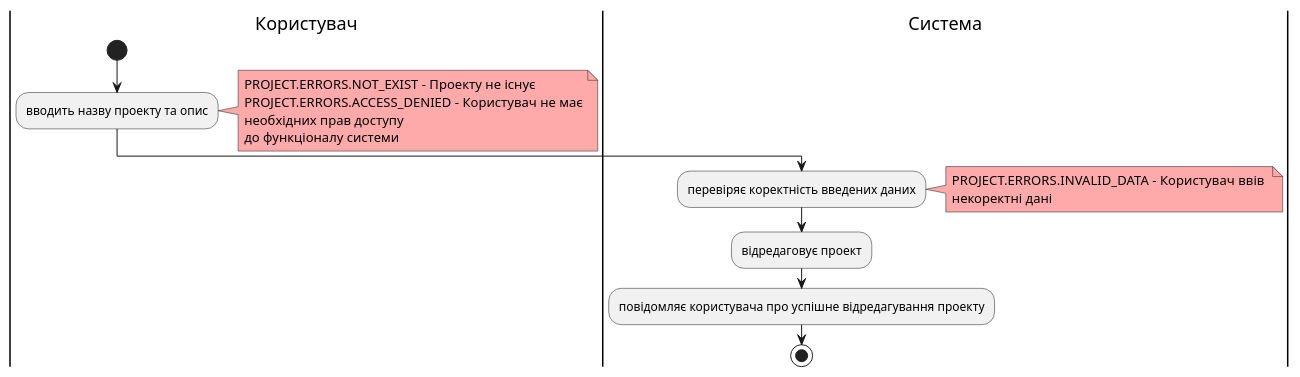
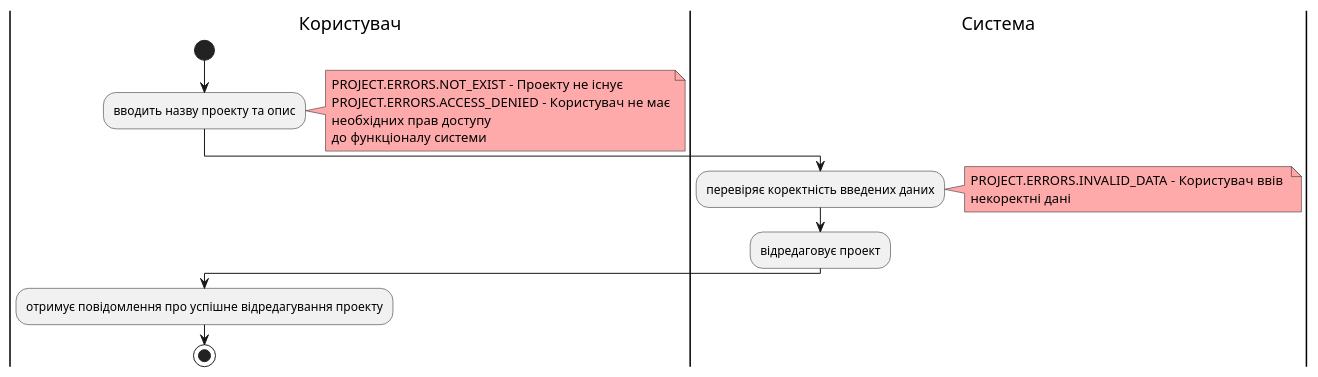
One commit to yarikkot04/Sup changed the seventh of 23 diagrams in docs/use cases/README.md. Above: the diagram before and after it, drawn with PlantUML. The commit also changed other lines of this file and 1 other file, not shown here.

```diff
--- a/docs/use cases/README.md
+++ b/docs/use cases/README.md
@@ -264,22 +265,23 @@
 @startuml
 
     |Користувач|
      start
         :вводить назву проекту та опис;
          note right #ffaaaa
          PROJECT.ERRORS.NOT_EXIST - Проекту не існує
          PROJECT.ERRORS.ACCESS_DENIED - Користувач не має
          необхідних прав доступу
          до функціоналу системи
          end note
     |Система|
         :перевіряє коректність введених даних;
          note right #ffaaaa
          PROJECT.ERRORS.INVALID_DATA - Користувач ввів 
          некоректні дані
          end note
         :відредаговує проект;
-        :повідомляє користувача про успішне відредагування проекту;     
+    |Користувач|
+        :отримує повідомлення про успішне відредагування проекту;       
       stop
 
 @enduml
```
